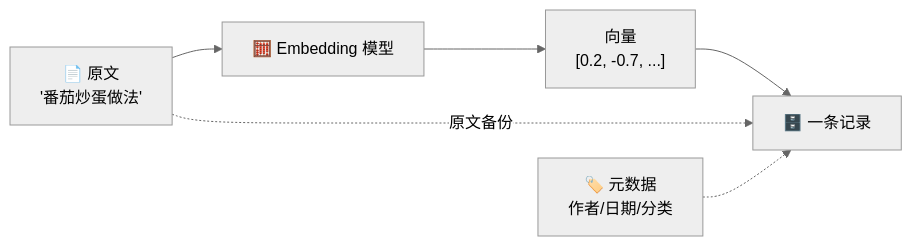
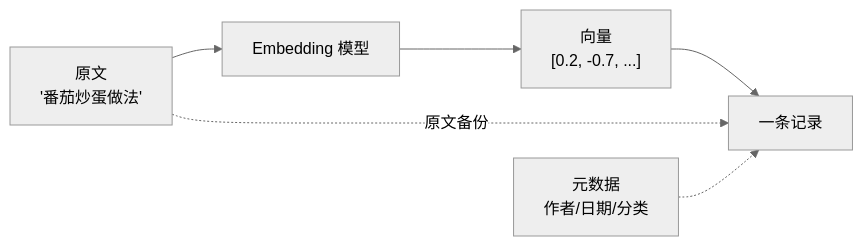
One commit to luckykhy/KhyAiHub changed the fourth of 7 diagrams in docs/02_CONCEPTS_概念入门/CONCEPT/[CONCEPT-10] 什么是向量数据库.md. Above: the diagram before and after it, drawn with Mermaid (neutral theme). The commit also changed other lines of this file and 19 other files, not shown here.

````diff
--- a/docs/02_CONCEPTS_概念入门/CONCEPT/[CONCEPT-10] 什么是向量数据库.md
+++ b/docs/02_CONCEPTS_概念入门/CONCEPT/[CONCEPT-10] 什么是向量数据库.md
@@ -136,8 +136,8 @@
 ```mermaid
 flowchart LR
-  T["📄 原文<br/>'番茄炒蛋做法'"] --> EMB["🧮 Embedding 模型"]
+  T["原文<br/>'番茄炒蛋做法'"] --> EMB["Embedding 模型"]
   EMB --> V["向量<br/>[0.2, -0.7, ...]"]
-  V --> REC["🗄️ 一条记录"]
+  V --> REC["一条记录"]
   T -.->|原文备份| REC
-  META["🏷️ 元数据<br/>作者/日期/分类"] -.-> REC
+  META["元数据<br/>作者/日期/分类"] -.-> REC
 ```
````
